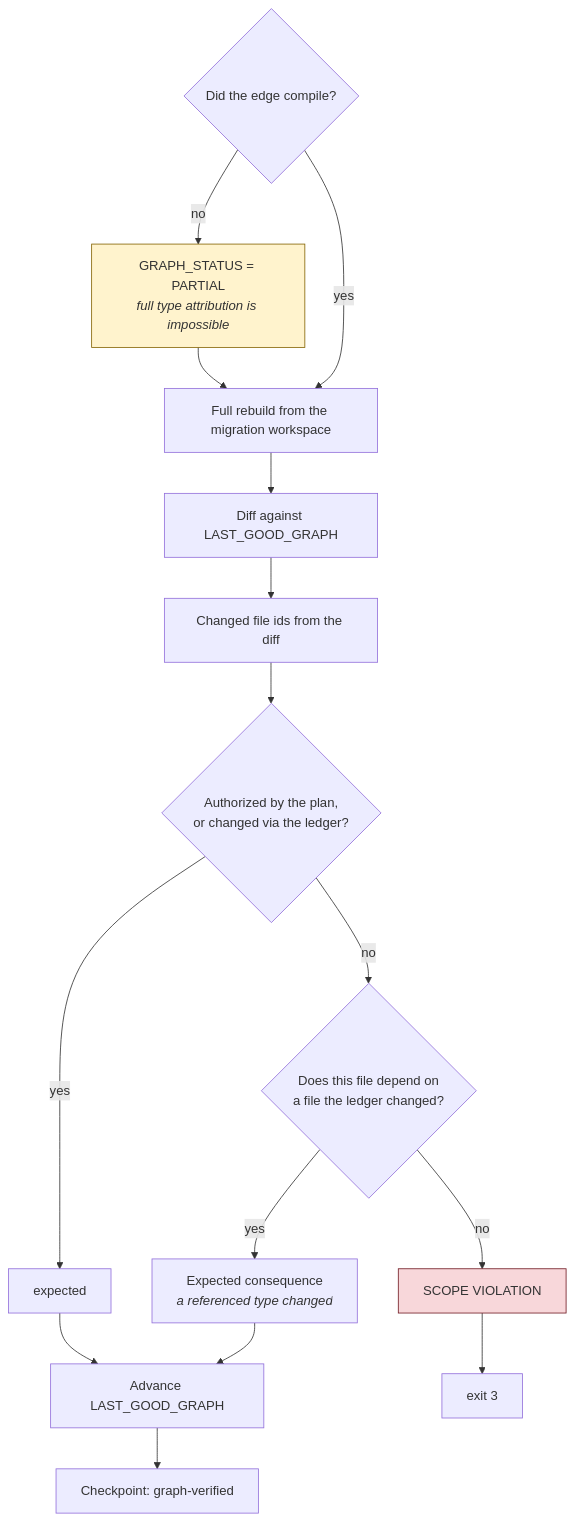
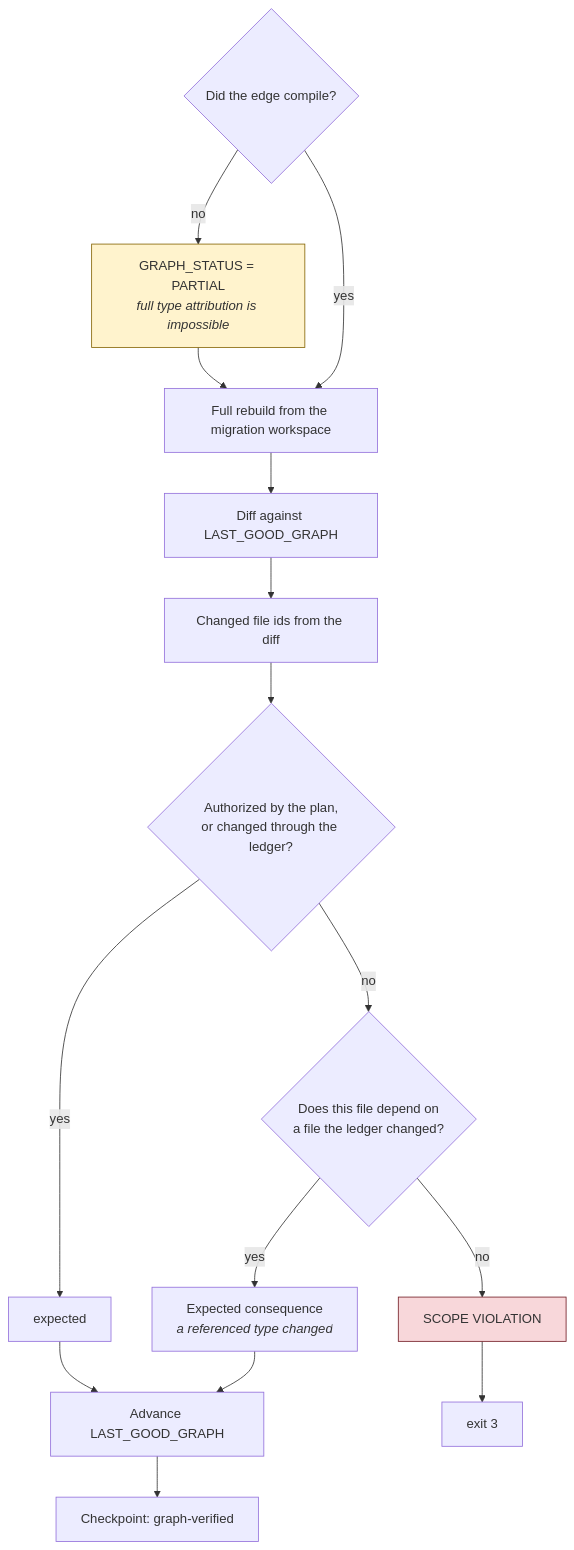
Diagram 27 of 40 in README.md (KrishnaAnnavaram/bootshift), drawn with Mermaid before and after one commit. The commit also changed other lines of this file and 1 other file, not shown here.

````diff
--- a/README.md
+++ b/README.md
@@ -2417,20 +2604,20 @@
 ```mermaid
 flowchart TD
     COMP{"Did the edge compile?"} -->|no| PART["GRAPH_STATUS = PARTIAL<br/><i>full type attribution is impossible</i>"]
     COMP -->|yes| FULL["Full rebuild from the migration workspace"]
     PART --> FULL
     FULL --> DIFF["Diff against LAST_GOOD_GRAPH"]
     DIFF --> CHANGED["Changed file ids from the diff"]
-    CHANGED --> AUTH{"Authorized by the plan,<br/>or changed via the ledger?"}
+    CHANGED --> AUTH{"Authorized by the plan,<br/>or changed through the ledger?"}
     AUTH -->|yes| OK["expected"]
     AUTH -->|no| CONSEQ{"Does this file depend on<br/>a file the ledger changed?"}
     CONSEQ -->|yes| EXP["Expected consequence<br/><i>a referenced type changed</i>"]
     CONSEQ -->|no| VIOL["SCOPE VIOLATION"]
     VIOL --> BLOCK["exit 3"]
     OK --> ADV
     EXP --> ADV["Advance LAST_GOOD_GRAPH"]
     ADV --> CP["Checkpoint: graph-verified"]
 
     style VIOL fill:#f8d7da,stroke:#721c24
     style PART fill:#fff3cd,stroke:#856404
 ```
````
